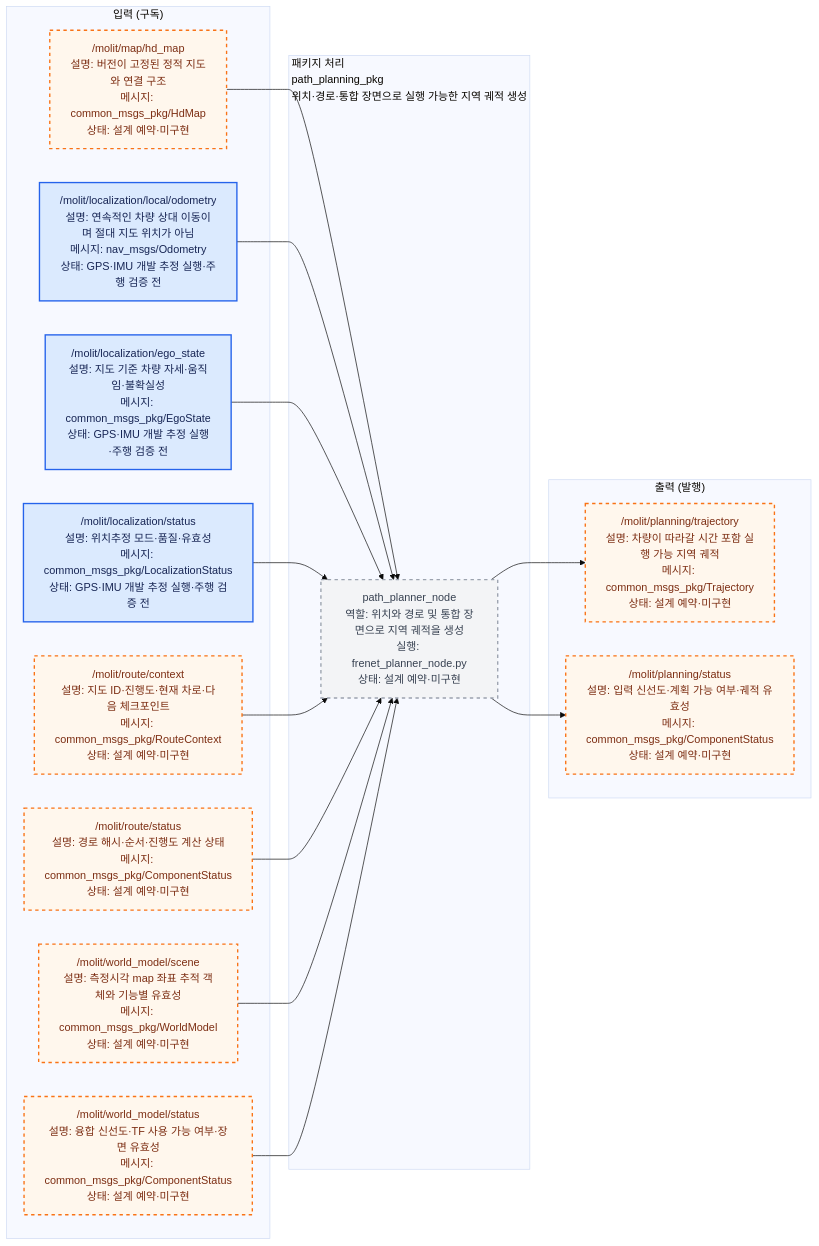
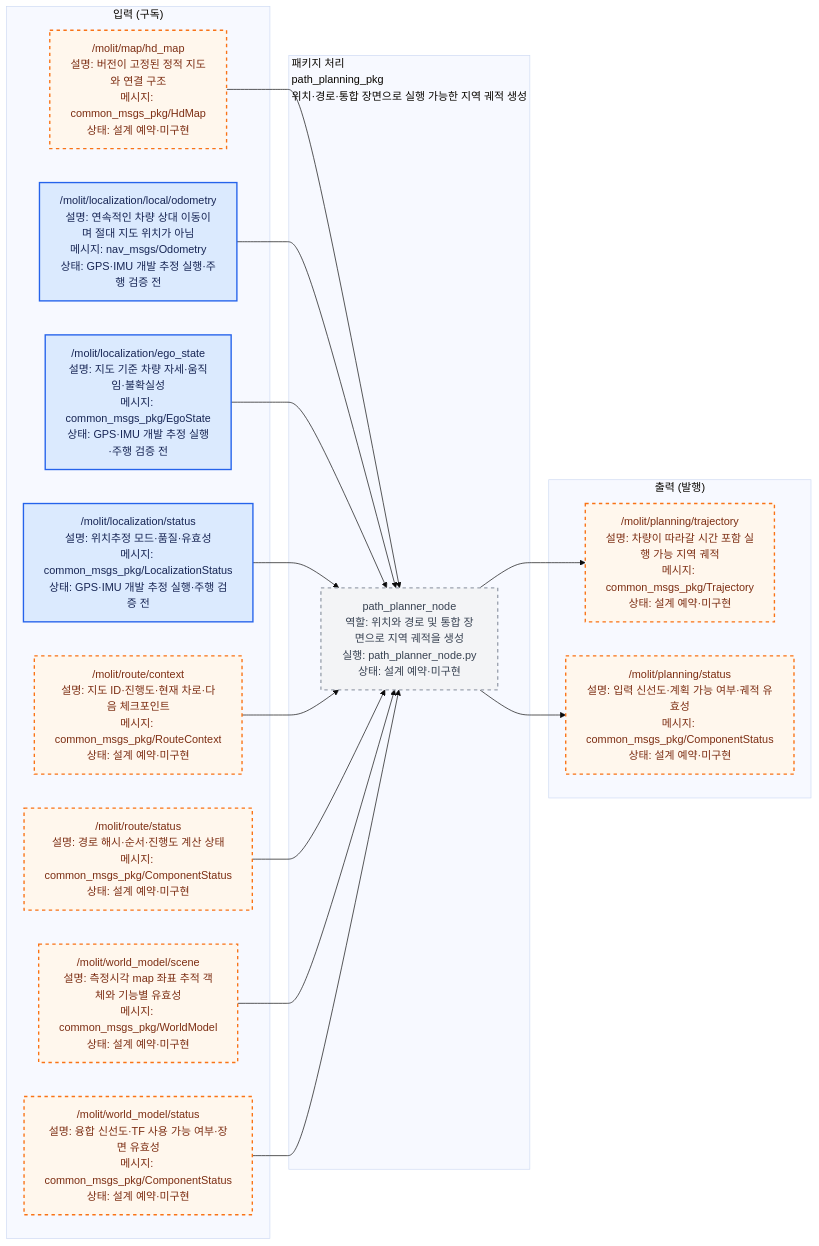
One commit to Team-Stier/Morai_Sim_team2 changed the diagram in src/path_planning_pkg/docs/interface_io.mmd. Above: the diagram before and after it, drawn with Mermaid (base theme). The commit also changed 15 other files, not shown here.

```diff
--- a/src/path_planning_pkg/docs/interface_io.mmd
+++ b/src/path_planning_pkg/docs/interface_io.mmd
@@ -1,50 +1,50 @@
 %% AUTO-GENERATED by ros_architecture_pkg/scripts/generate_interface_diagrams.py. DO NOT EDIT.
 %% Source of truth: ros_architecture_pkg/config/interface_contract.yaml
 flowchart LR
     classDef liveNode fill:#dcfce7,color:#14532d,stroke:#16a34a,stroke-width:2px;
     classDef reservedNode fill:#f3f4f6,color:#374151,stroke:#9ca3af,stroke-width:2px,stroke-dasharray: 5 5;
     classDef liveTopic fill:#dbeafe,color:#172554,stroke:#2563eb,stroke-width:2px;
     classDef reservedTopic fill:#fff7ed,color:#7c2d12,stroke:#f97316,stroke-width:2px,stroke-dasharray: 5 5;
     classDef emptyPort fill:#ffffff,color:#6b7280,stroke:#d1d5db,stroke-dasharray: 3 3;
     classDef externalEndpoint fill:#f3e8ff,color:#581c87,stroke:#9333ea,stroke-width:3px;
 
     subgraph INPUTS["입력 (구독)"]
         input_000["/molit/map/hd_map<br/>설명: 버전이 고정된 정적 지도와 연결 구조<br/>메시지: common_msgs_pkg/HdMap<br/>상태: 설계 예약·미구현"]
         input_001["/molit/localization/local/odometry<br/>설명: 연속적인 차량 상대 이동이며 절대 지도 위치가 아님<br/>메시지: nav_msgs/Odometry<br/>상태: GPS·IMU 개발 추정 실행·주행 검증 전"]
         input_002["/molit/localization/ego_state<br/>설명: 지도 기준 차량 자세·움직임·불확실성<br/>메시지: common_msgs_pkg/EgoState<br/>상태: GPS·IMU 개발 추정 실행·주행 검증 전"]
         input_003["/molit/localization/status<br/>설명: 위치추정 모드·품질·유효성<br/>메시지: common_msgs_pkg/LocalizationStatus<br/>상태: GPS·IMU 개발 추정 실행·주행 검증 전"]
         input_004["/molit/route/context<br/>설명: 지도 ID·진행도·현재 차로·다음 체크포인트<br/>메시지: common_msgs_pkg/RouteContext<br/>상태: 설계 예약·미구현"]
         input_005["/molit/route/status<br/>설명: 경로 해시·순서·진행도 계산 상태<br/>메시지: common_msgs_pkg/ComponentStatus<br/>상태: 설계 예약·미구현"]
         input_006["/molit/world_model/scene<br/>설명: 측정시각 map 좌표 추적 객체와 기능별 유효성<br/>메시지: common_msgs_pkg/WorldModel<br/>상태: 설계 예약·미구현"]
         input_007["/molit/world_model/status<br/>설명: 융합 신선도·TF 사용 가능 여부·장면 유효성<br/>메시지: common_msgs_pkg/ComponentStatus<br/>상태: 설계 예약·미구현"]
     end
     subgraph PACKAGE["패키지 처리<br/>path_planning_pkg<br/>위치·경로·통합 장면으로 실행 가능한 지역 궤적 생성"]
-        local_node_000["path_planner_node<br/>역할: 위치와 경로 및 통합 장면으로 지역 궤적을 생성<br/>실행: frenet_planner_node.py<br/>상태: 설계 예약·미구현"]
+        local_node_000["path_planner_node<br/>역할: 위치와 경로 및 통합 장면으로 지역 궤적을 생성<br/>실행: path_planner_node.py<br/>상태: 설계 예약·미구현"]
     end
     subgraph OUTPUTS["출력 (발행)"]
         output_000["/molit/planning/trajectory<br/>설명: 차량이 따라갈 시간 포함 실행 가능 지역 궤적<br/>메시지: common_msgs_pkg/Trajectory<br/>상태: 설계 예약·미구현"]
         output_001["/molit/planning/status<br/>설명: 입력 신선도·계획 가능 여부·궤적 유효성<br/>메시지: common_msgs_pkg/ComponentStatus<br/>상태: 설계 예약·미구현"]
     end
 
     input_000 --> local_node_000
     input_001 --> local_node_000
     input_002 --> local_node_000
     input_003 --> local_node_000
     input_004 --> local_node_000
     input_005 --> local_node_000
     input_006 --> local_node_000
     input_007 --> local_node_000
     local_node_000 --> output_000
     local_node_000 --> output_001
 
     class local_node_000 reservedNode;
     class input_000 reservedTopic;
     class input_001 liveTopic;
     class input_002 liveTopic;
     class input_003 liveTopic;
     class input_004 reservedTopic;
     class input_005 reservedTopic;
     class input_006 reservedTopic;
     class input_007 reservedTopic;
     class output_000 reservedTopic;
     class output_001 reservedTopic;
```
